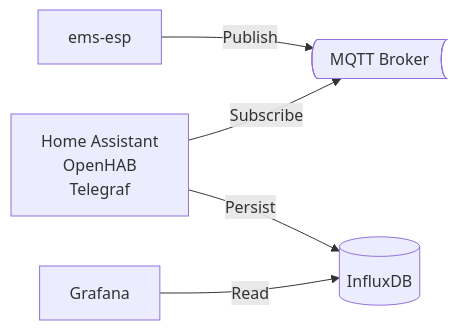
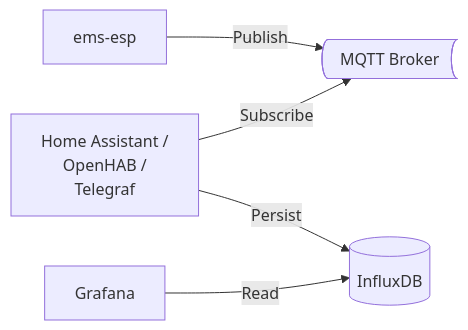
Before and after one commit to bosch-buderus-wp/bosch-buderus-wp.github.io: the diagram in _docs/Smarthome.md, drawn with Mermaid. The commit also changed other lines of this file, not shown here.

````diff
--- a/_docs/Smarthome.md
+++ b/_docs/Smarthome.md
@@ -318,7 +318,7 @@
 ```mermaid
 flowchart LR
     EMSESP[ems-esp] -->|Publish| MQTT@{ shape: bow-rect, label: "MQTT Broker" }
-    HA[Home Assistant<br/>OpenHAB<br/>Telegraf] --> |Subscribe| MQTT
+    HA[Home Assistant /<br/>OpenHAB /<br/>Telegraf] --> |Subscribe| MQTT
     HA -->|Persist| INFLUX[("InfluxDB")]
     GRAFANA[Grafana] -->|Read| INFLUX
 ```
````
